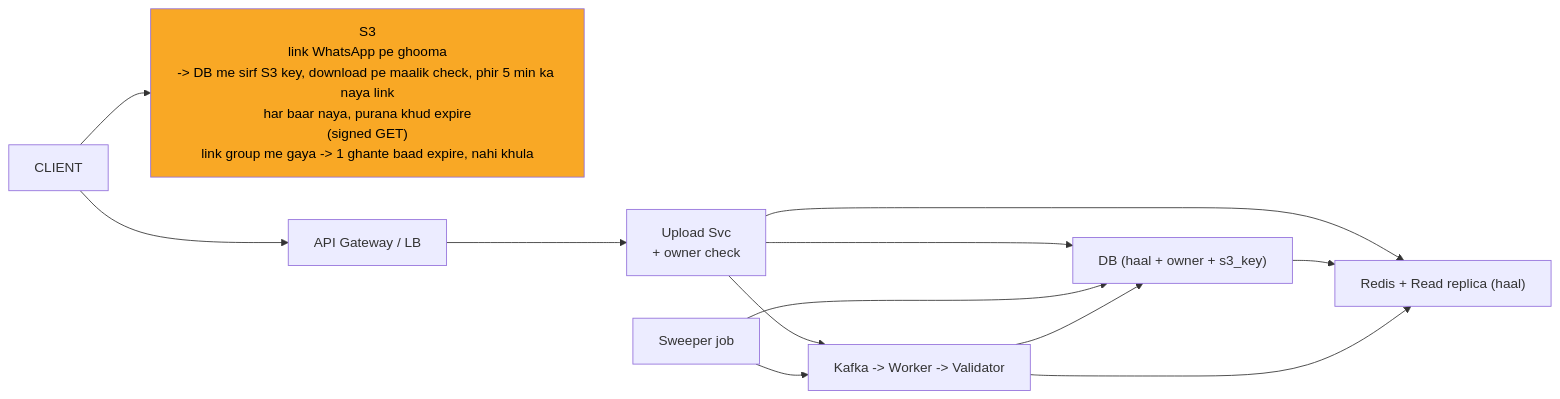
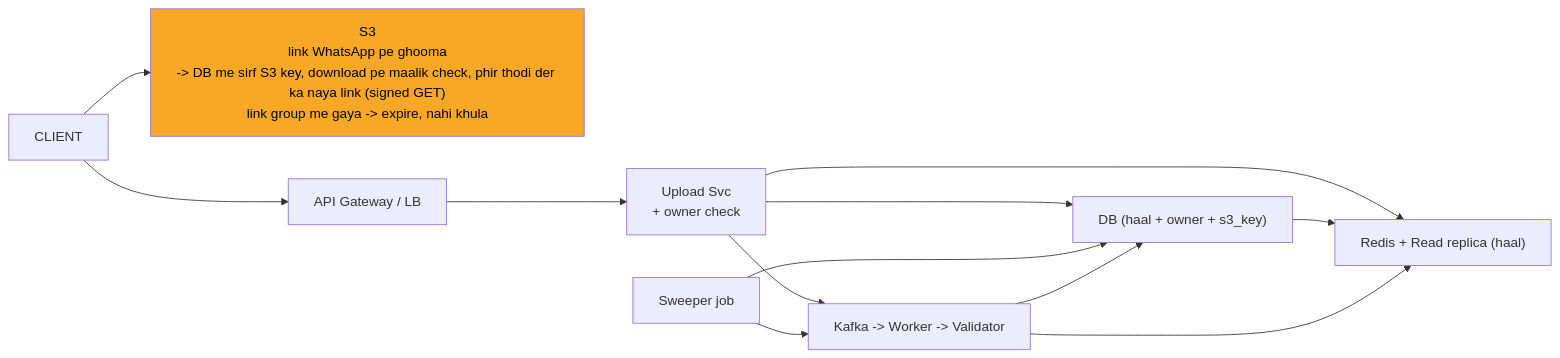
The diagram in 04_HLD/SYSTEM_DESIGNS/07_file_upload_validate_system/img/c8.mmd (ArpanMaheshwari144/Prep), drawn with Mermaid before and after one commit. The commit also changed 38 other files, not shown here.

```diff
--- a/04_HLD/SYSTEM_DESIGNS/07_file_upload_validate_system/img/c8.mmd
+++ b/04_HLD/SYSTEM_DESIGNS/07_file_upload_validate_system/img/c8.mmd
@@ -1,22 +1,22 @@
 %%{init: {"flowchart": {"wrappingWidth": 450}}}%%
 flowchart LR
     n_CLIENT["CLIENT"]
-    n_S3["S3<br/>link WhatsApp pe ghooma<br/>-> DB me sirf S3 key, download pe maalik check, phir 5 min ka naya link<br/>har baar naya, purana khud expire<br/>(signed GET)<br/>link group me gaya -> 1 ghante baad expire, nahi khula"]
+    n_S3["S3<br/>link WhatsApp pe ghooma<br/>-> DB me sirf S3 key, download pe maalik check, phir thodi der ka naya link (signed GET)<br/>link group me gaya -> expire, nahi khula"]
     n_API_Gateway_LB["API Gateway / LB"]
     n_Upload_Svc["Upload Svc<br/>+ owner check"]
     n_RC["Redis + Read replica (haal)"]
     n_DB["DB (haal + owner + s3_key)"]
     n_Sweeper_job["Sweeper job"]
     n_CHAIN["Kafka -> Worker -> Validator"]
     n_CLIENT --> n_S3
     n_CLIENT --> n_API_Gateway_LB
     n_API_Gateway_LB --> n_Upload_Svc
     n_Upload_Svc --> n_RC
     n_Upload_Svc --> n_DB
     n_DB --> n_RC
     n_Upload_Svc --> n_CHAIN
     n_Sweeper_job --> n_DB
     n_Sweeper_job --> n_CHAIN
     n_CHAIN --> n_DB
     n_CHAIN --> n_RC
     style n_S3 fill:#f9a825,color:#000
```
